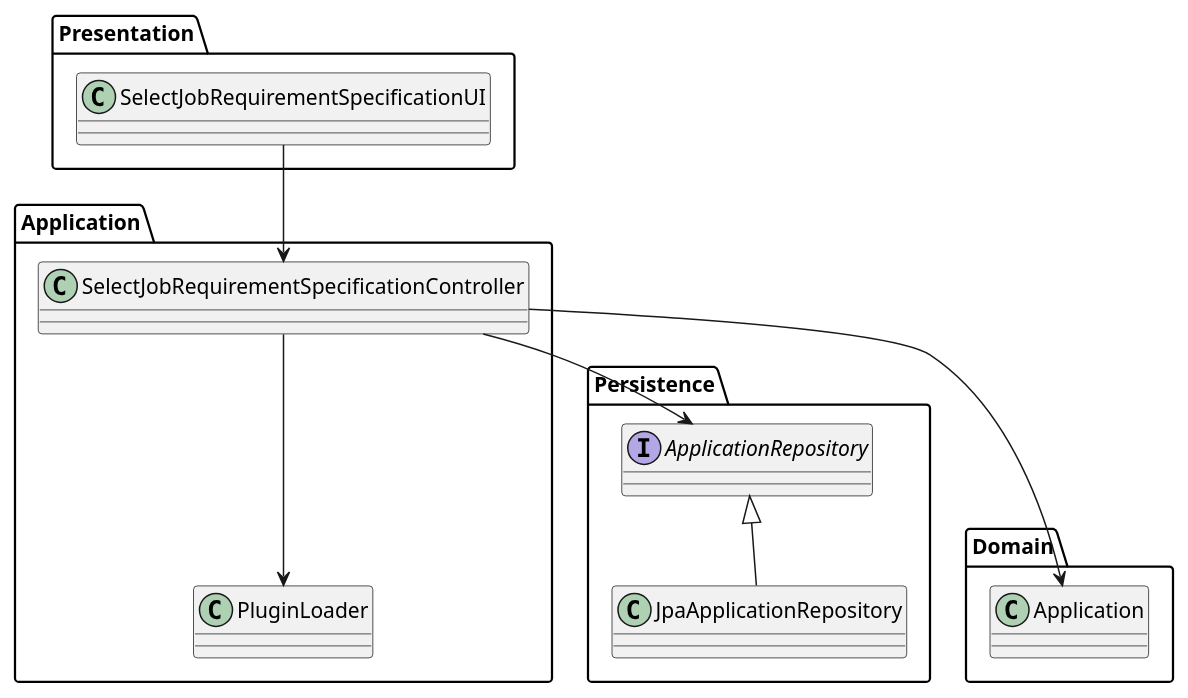
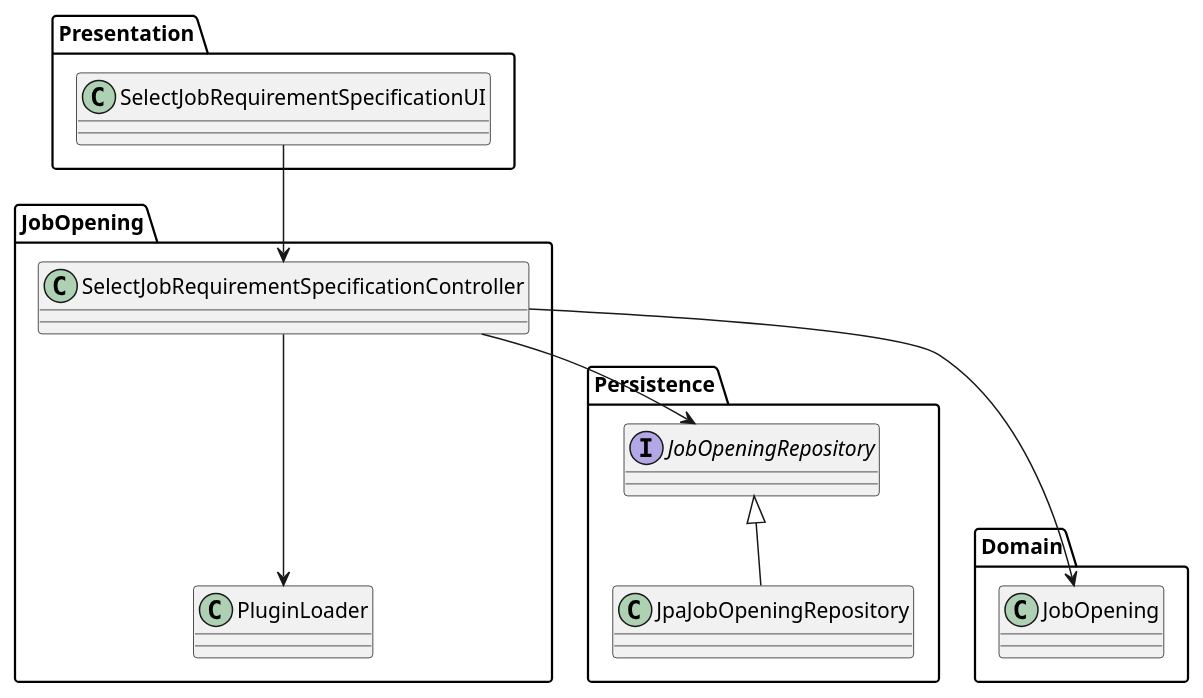
One commit to Goncalves2525/Jobs4U-Talent-Acquisition-Management-System changed the diagram in docs/Sprint B/us_1009/class-diagram-01.puml. Above: the diagram before and after it, drawn with PlantUML. The commit also changed 3 other files, not shown here.

```diff
--- a/docs/Sprint B/us_1009/class-diagram-01.puml
+++ b/docs/Sprint B/us_1009/class-diagram-01.puml
@@ -1,30 +1,30 @@
 @startuml
 
 package Presentation {
     class SelectJobRequirementSpecificationUI
 }
 
 package Domain {
-    class Application
+    class JobOpening
 }
 
 package Persistence {
-    class JpaApplicationRepository
-    interface ApplicationRepository
+    class JpaJobOpeningRepository
+    interface JobOpeningRepository
 }
 
-package Application {
+package JobOpening {
     class SelectJobRequirementSpecificationController
     class PluginLoader
 }
 
 
 
-Presentation.SelectJobRequirementSpecificationUI --> Application.SelectJobRequirementSpecificationController
-Application.SelectJobRequirementSpecificationController --> Persistence.ApplicationRepository
-Persistence.ApplicationRepository <|-- Persistence.JpaApplicationRepository
-Application.SelectJobRequirementSpecificationController ---> Domain.Application
-Application.SelectJobRequirementSpecificationController ---> Application.PluginLoader
+Presentation.SelectJobRequirementSpecificationUI --> JobOpening.SelectJobRequirementSpecificationController
+JobOpening.SelectJobRequirementSpecificationController --> Persistence.JobOpeningRepository
+Persistence.JobOpeningRepository <|-- Persistence.JpaJobOpeningRepository
+JobOpening.SelectJobRequirementSpecificationController ---> Domain.JobOpening
+JobOpening.SelectJobRequirementSpecificationController ---> JobOpening.PluginLoader
 
 
 @enduml
```
